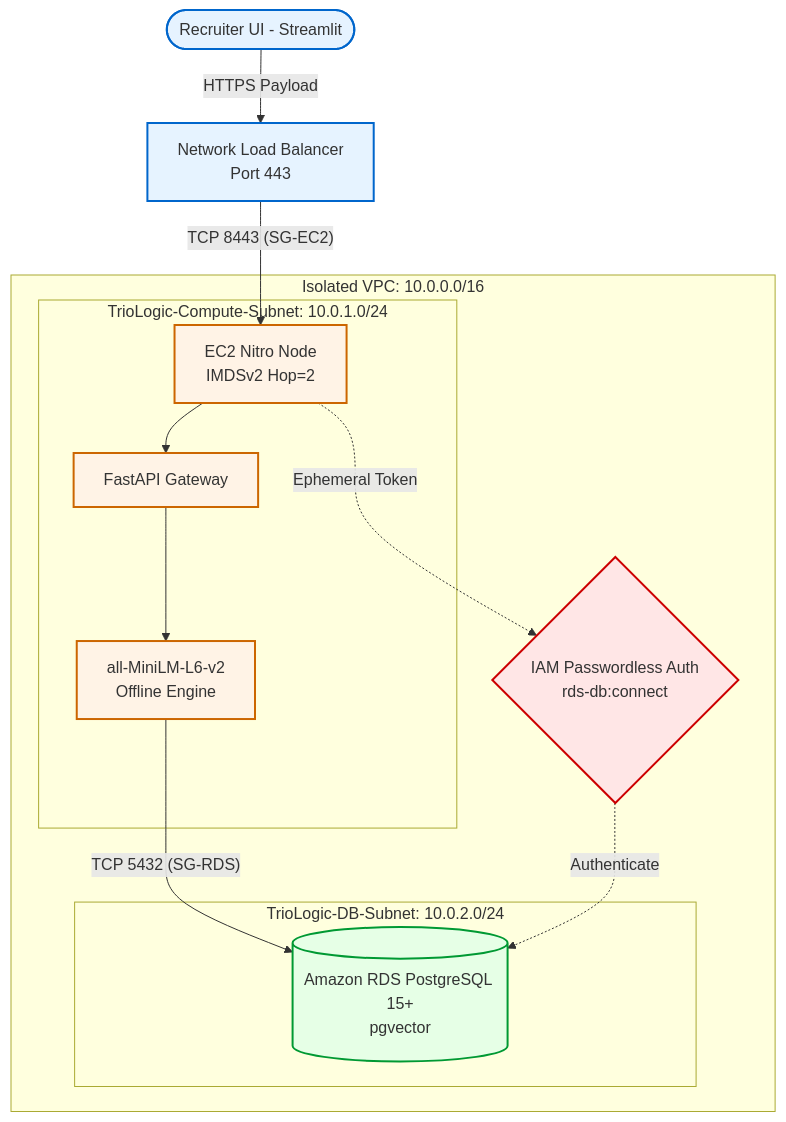
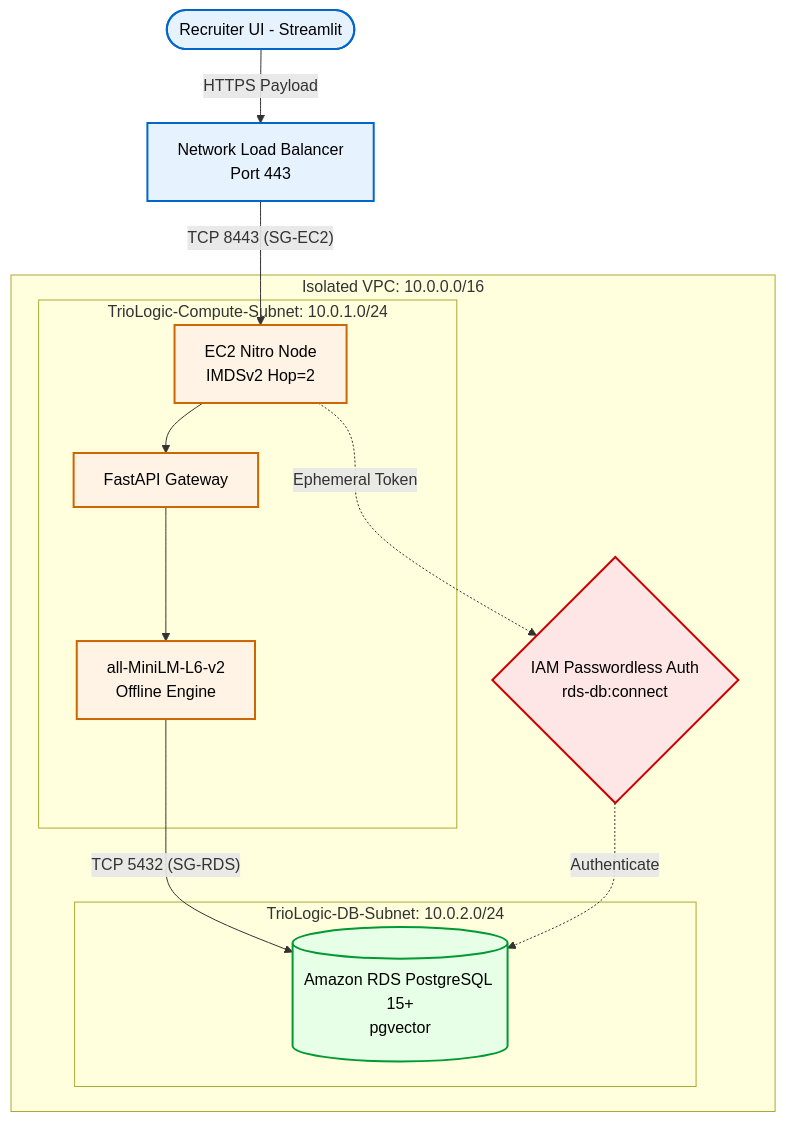
One commit to NITHIN4747/semantic-candidate-discovery-engine changed the diagram in README.md. Above: the diagram before and after it, drawn with Mermaid.

Commit message:
[DOCS] Fix Mermaid diagram text color for dark mode visibility

````diff
--- a/README.md
+++ b/README.md
@@ -25,37 +25,37 @@
 ```mermaid
 flowchart TD
     %% Styling
-    classDef public fill:#e6f3ff,stroke:#0066cc,stroke-width:2px;
-    classDef private fill:#fff3e6,stroke:#cc6600,stroke-width:2px;
-    classDef database fill:#e6ffe6,stroke:#009933,stroke-width:2px;
-    classDef security fill:#ffe6e6,stroke:#cc0000,stroke-width:2px;
+    classDef public fill:#e6f3ff,stroke:#0066cc,stroke-width:2px,color:#000000;
+    classDef private fill:#fff3e6,stroke:#cc6600,stroke-width:2px,color:#000000;
+    classDef database fill:#e6ffe6,stroke:#009933,stroke-width:2px,color:#000000;
+    classDef security fill:#ffe6e6,stroke:#cc0000,stroke-width:2px,color:#000000;
 
     Client([Recruiter UI - Streamlit]):::public
     NLB[Network Load Balancer<br/>Port 443]:::public
     
     subgraph VPC [Isolated VPC: 10.0.0.0/16]
         subgraph ComputeSubnet [TrioLogic-Compute-Subnet: 10.0.1.0/24]
             EC2[EC2 Nitro Node<br/>IMDSv2 Hop=2]:::private
             FastAPI[FastAPI Gateway]:::private
             Model[all-MiniLM-L6-v2<br/>Offline Engine]:::private
             EC2 --> FastAPI
             FastAPI --> Model
         end
         
         subgraph DBSubnet [TrioLogic-DB-Subnet: 10.0.2.0/24]
             RDS[(Amazon RDS PostgreSQL 15+<br/>pgvector)]:::database
         end
         
         %% IAM / Security
         IAM{IAM Passwordless Auth<br/>rds-db:connect}:::security
     end
 
     %% Routing
     Client -- "HTTPS Payload" --> NLB
     NLB -- "TCP 8443 (SG-EC2)" --> EC2
     Model -- "TCP 5432 (SG-RDS)" --> RDS
     
     %% Auth
     EC2 -. "Ephemeral Token" .-> IAM
     IAM -. "Authenticate" .-> RDS
 ```
````
